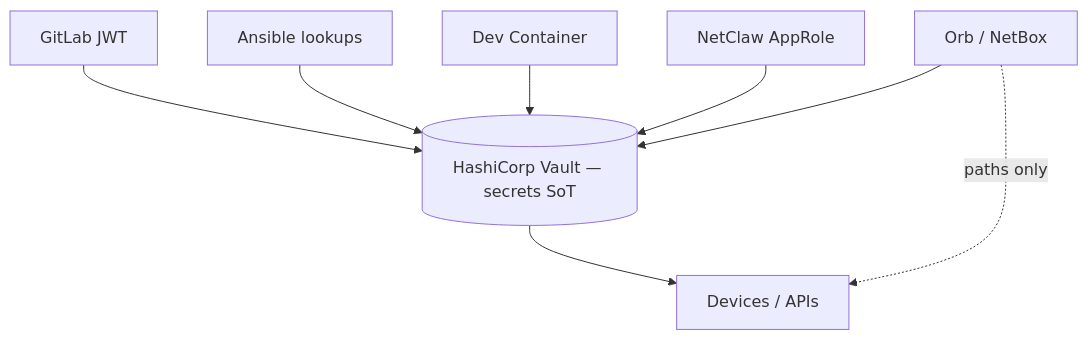
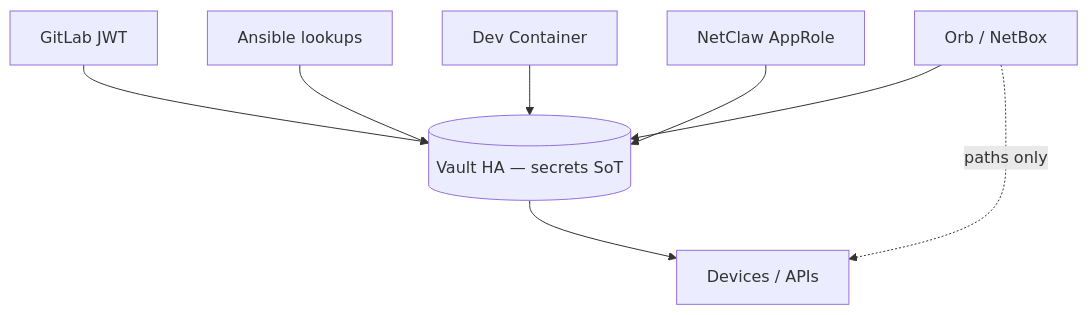
The first of 2 diagrams in docs/WORKPLAN.md (j-munroe/NetClaw-Production-Install-Guide), drawn with Mermaid before and after one commit. The commit also changed other lines of this file and 37 other files, not shown here.

````diff
--- a/docs/WORKPLAN.md
+++ b/docs/WORKPLAN.md
@@ -25,11 +25,11 @@
 ```mermaid
 flowchart TB
-  V[(HashiCorp Vault — secrets SoT)]
+  V[(Vault HA — secrets SoT)]
   GL[GitLab JWT] --> V
   AN[Ansible lookups] --> V
   DC[Dev Container] --> V
   NC[NetClaw AppRole] --> V
   NB[Orb / NetBox] --> V
   V --> Dev[Devices / APIs]
   NB -.->|paths only| Dev
 ```
````
